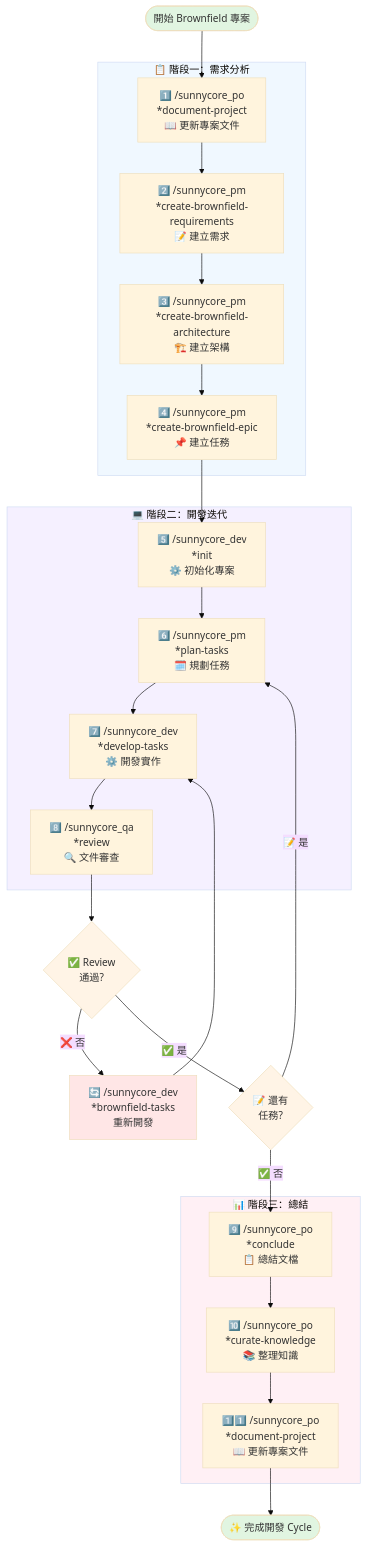
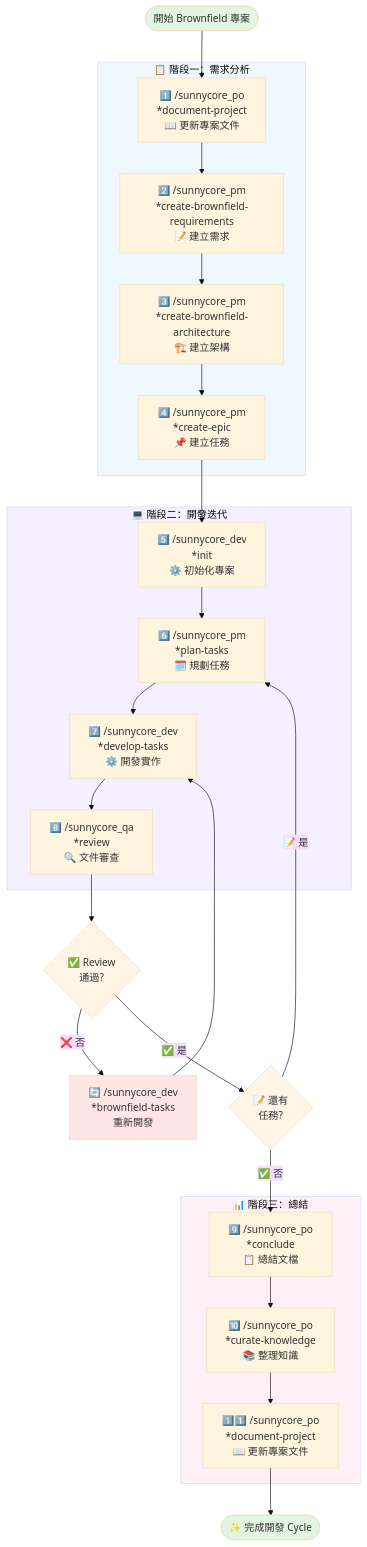
One commit to Yamiyorunoshura/sunnycore changed the second of 2 diagrams in claude code/README.md. Above: the diagram before and after it, drawn with Mermaid (base theme). The commit also changed other lines of this file and 5 other files, not shown here.

````diff
--- a/claude code/README.md
+++ b/claude code/README.md
@@ -172,51 +172,51 @@
 ```mermaid
 flowchart TD
     Start([開始 Brownfield 專案]) --> A0
     
     subgraph Phase1 ["📋 階段一：需求分析"]
         A0["1️⃣ /sunnycore_po<br/>*document-project<br/>📖 更新專案文件"]
         A1["2️⃣ /sunnycore_pm<br/>*create-brownfield-requirements<br/>📝 建立需求"]
         A2["3️⃣ /sunnycore_pm<br/>*create-brownfield-architecture<br/>🏗️ 建立架構"]
-        A3["4️⃣ /sunnycore_pm<br/>*create-brownfield-epic<br/>📌 建立任務"]
+        A3["4️⃣ /sunnycore_pm<br/>*create-epic<br/>📌 建立任務"]
         A0 --> A1 --> A2 --> A3
     end
     
     subgraph Phase2 ["💻 階段二：開發迭代"]
         B0["5️⃣ /sunnycore_dev<br/>*init<br/>⚙️ 初始化專案"]
         B1["6️⃣ /sunnycore_pm<br/>*plan-tasks<br/>🗓️ 規劃任務"]
         B2["7️⃣ /sunnycore_dev<br/>*develop-tasks<br/>⚙️ 開發實作"]
         B3["8️⃣ /sunnycore_qa<br/>*review<br/>🔍 文件審查"]
         B0 --> B1 --> B2 --> B3
     end
     
     D1{"✅ Review<br/>通過?"}
     D2{"📝 還有<br/>任務?"}
     R1["🔄 /sunnycore_dev<br/>*brownfield-tasks<br/>重新開發"]
     
     subgraph Phase3 ["📊 階段三：總結"]
         C1["9️⃣ /sunnycore_po<br/>*conclude<br/>📋 總結文檔"]
         C2["🔟 /sunnycore_po<br/>*curate-knowledge<br/>📚 整理知識"]
         C3["1️⃣1️⃣ /sunnycore_po<br/>*document-project<br/>📖 更新專案文件"]
         C1 --> C2 --> C3
     end
     
     Done([✨ 完成開發 Cycle])
     
     A3 --> B0
     B3 --> D1
     D1 -->|"❌ 否"| R1
     R1 --> B2
     D1 -->|"✅ 是"| D2
     D2 -->|"📝 是"| B1
     D2 -->|"✅ 否"| C1
     C3 --> Done
     
     style Start fill:#e1f5e1
     style Done fill:#e1f5e1
     style D1 fill:#fff4e6
     style D2 fill:#fff4e6
     style R1 fill:#ffe6e6
     style Phase1 fill:#f0f8ff
     style Phase2 fill:#f5f0ff
     style Phase3 fill:#fff0f5
 ```
````
